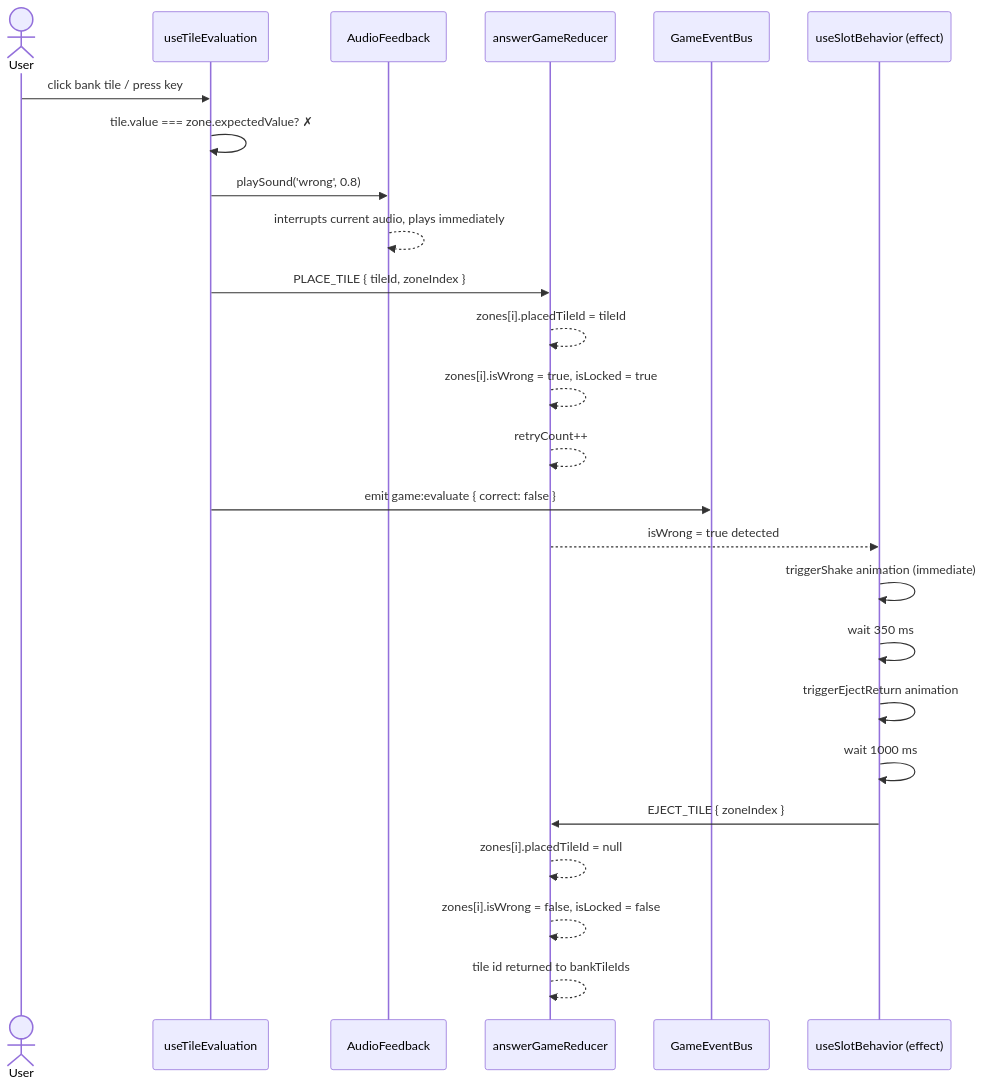
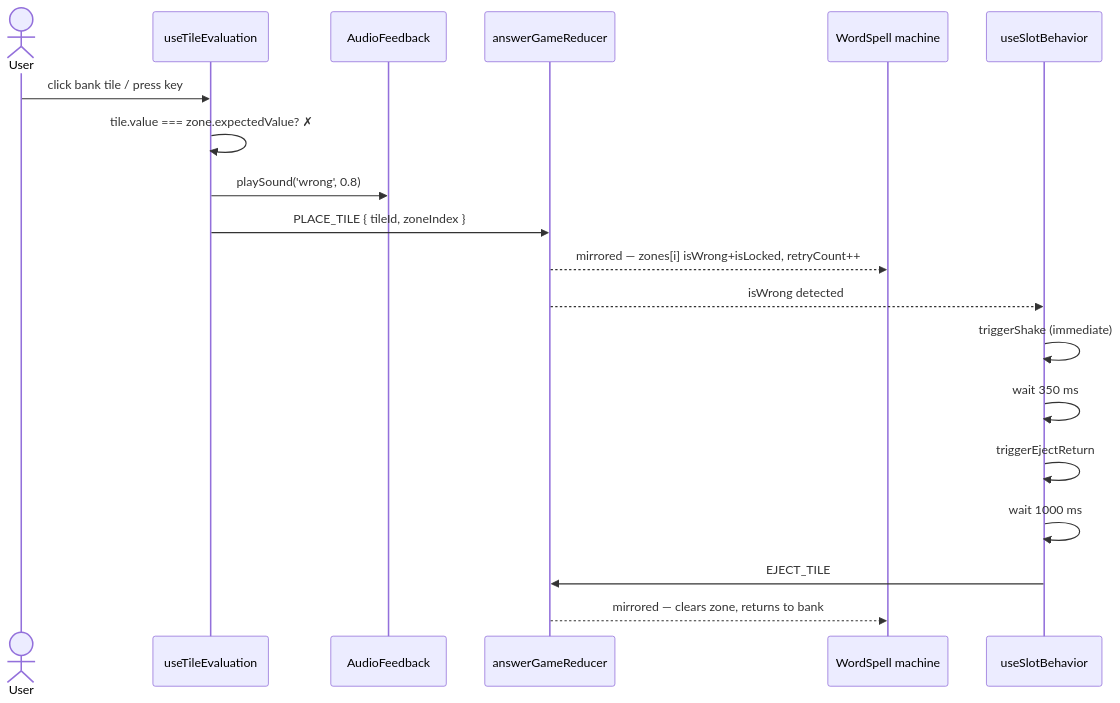
Before and after one commit to leocaseiro/base-skill: the second of 6 diagrams in src/games/word-spell/WordSpell/WordSpell.flows.mdx, drawn with Mermaid. The commit also changed other lines of this file and 3 other files, not shown here.

First line of the commit message:
docs(arch): document WordSpell + SortNumbers XState machines

````diff
--- a/src/games/word-spell/WordSpell/WordSpell.flows.mdx
+++ b/src/games/word-spell/WordSpell/WordSpell.flows.mdx
@@ -54,29 +81,23 @@
 ```mermaid
 sequenceDiagram
   actor User
   participant TE as useTileEvaluation
   participant Audio as AudioFeedback
   participant Reducer as answerGameReducer
-  participant Bus as GameEventBus
-  participant Slot as useSlotBehavior (effect)
+  participant Engine as WordSpell machine
+  participant Slot as useSlotBehavior
 
   User->>TE: click bank tile / press key
   TE->>TE: tile.value === zone.expectedValue? ✗
   TE->>Audio: playSound('wrong', 0.8)
-  Audio-->>Audio: interrupts current audio, plays immediately
   TE->>Reducer: PLACE_TILE { tileId, zoneIndex }
-  Reducer-->>Reducer: zones[i].placedTileId = tileId
-  Reducer-->>Reducer: zones[i].isWrong = true, isLocked = true
-  Reducer-->>Reducer: retryCount++
-  TE->>Bus: emit game:evaluate { correct: false }
+  Reducer-->>Engine: mirrored — zones[i] isWrong+isLocked, retryCount++
 
-  Reducer-->>Slot: isWrong = true detected
-  Slot->>Slot: triggerShake animation (immediate)
+  Reducer-->>Slot: isWrong detected
+  Slot->>Slot: triggerShake (immediate)
   Slot->>Slot: wait 350 ms
-  Slot->>Slot: triggerEjectReturn animation
+  Slot->>Slot: triggerEjectReturn
   Slot->>Slot: wait 1000 ms
-  Slot->>Reducer: EJECT_TILE { zoneIndex }
-  Reducer-->>Reducer: zones[i].placedTileId = null
-  Reducer-->>Reducer: zones[i].isWrong = false, isLocked = false
-  Reducer-->>Reducer: tile id returned to bankTileIds
+  Slot->>Reducer: EJECT_TILE
+  Reducer-->>Engine: mirrored — clears zone, returns to bank
 ```
````
